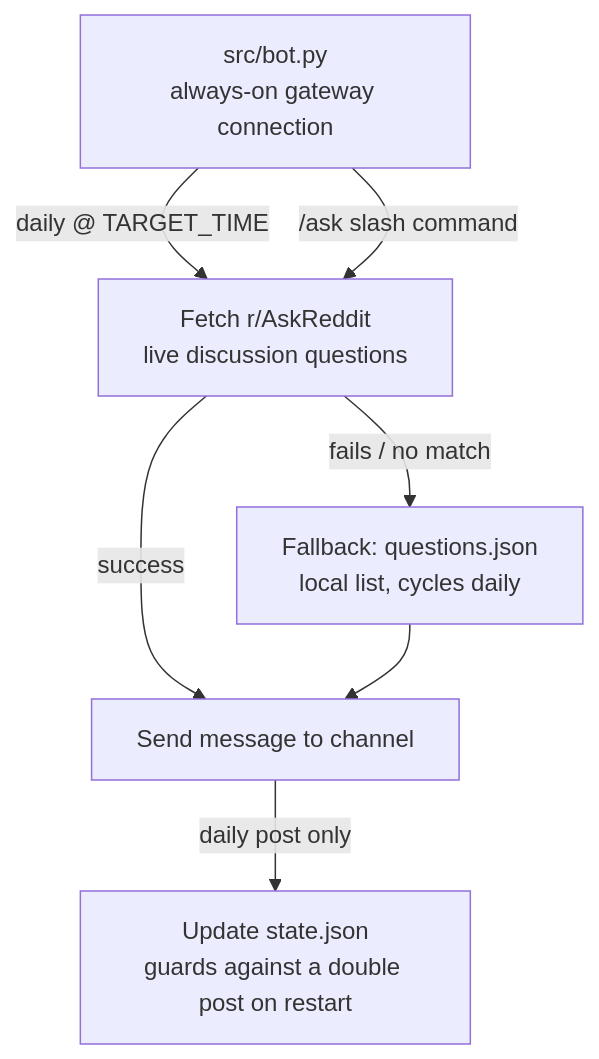
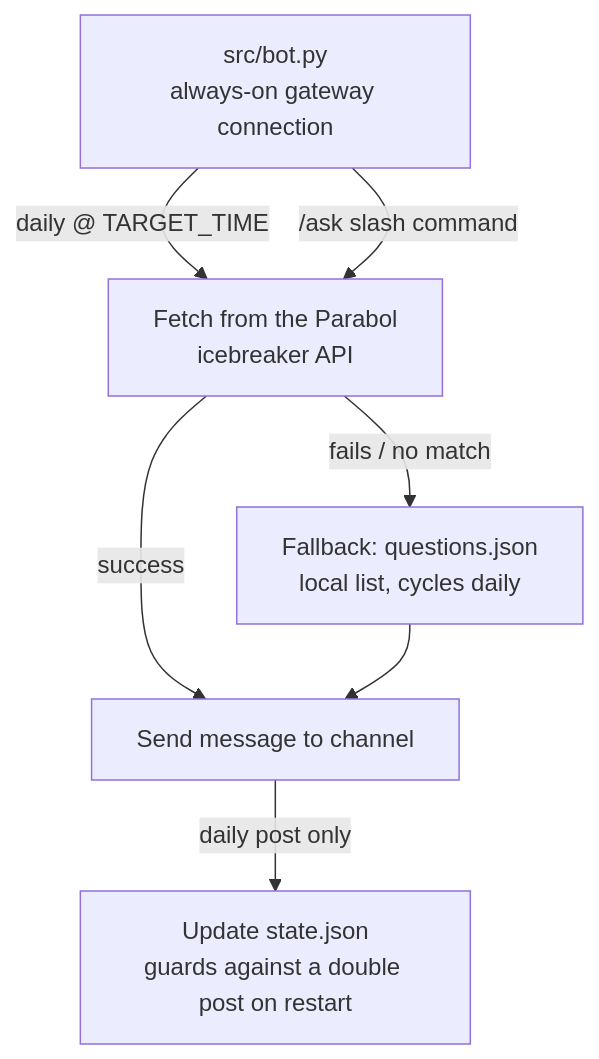
The diagram in README.md (UnaBots/WeAskYou), drawn with Mermaid before and after one commit. The commit also changed other lines of this file and 5 other files, not shown here.

First line of the commit message:
Switch question source from Reddit to the Parabol icebreaker API

````diff
--- a/README.md
+++ b/README.md
@@ -8,9 +8,9 @@
 ```mermaid
 flowchart TD
-    A["src/bot.py<br/>always-on gateway connection"] -->|daily @ TARGET_TIME| B["Fetch r/AskReddit<br/>live discussion questions"]
+    A["src/bot.py<br/>always-on gateway connection"] -->|daily @ TARGET_TIME| B["Fetch from the Parabol<br/>icebreaker API"]
     A -->|/ask slash command| B
     B -->|fails / no match| C["Fallback: questions.json<br/>local list, cycles daily"]
     B -->|success| D["Send message to channel"]
     C --> D
     D -->|daily post only| E["Update state.json<br/>guards against a double post on restart"]
 ```
````
